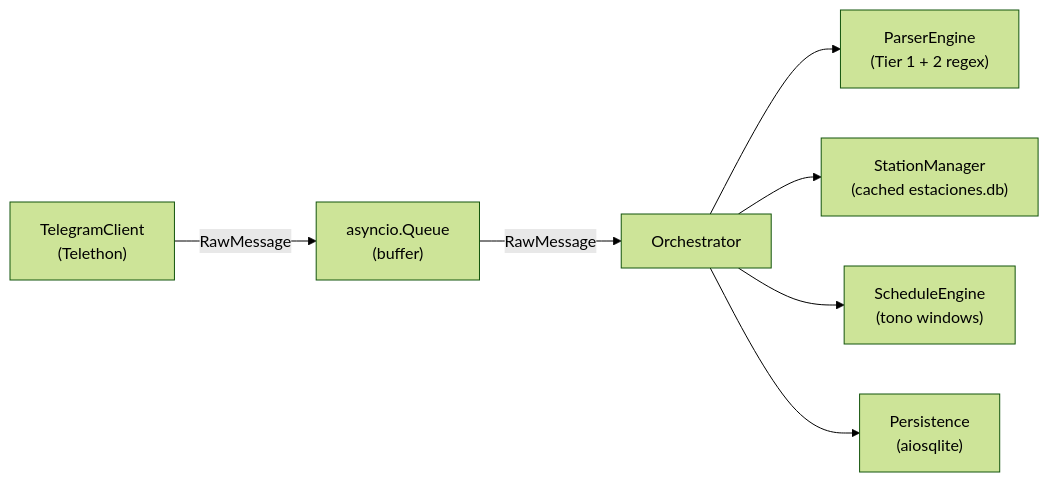
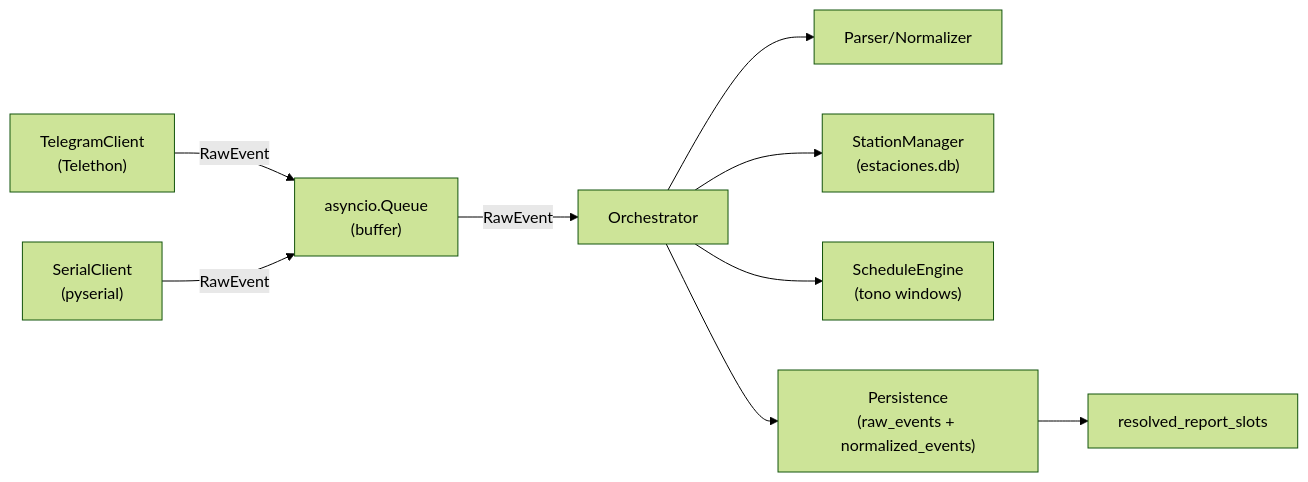
One commit to Undying-Bit/monitor changed the diagram in README.md. Above: the diagram before and after it, drawn with Mermaid (forest theme). The commit also changed other lines of this file and 29 other files, not shown here.

````diff
--- a/README.md
+++ b/README.md
@@ -15,9 +21,11 @@
 ```mermaid
 graph LR
-    A["TelegramClient<br/>(Telethon)"] -->|RawMessage| Q["asyncio.Queue<br/>(buffer)"]
-    Q -->|RawMessage| B["Orchestrator"]
-    B --> C["ParserEngine<br/>(Tier 1 + 2 regex)"]
-    B --> D["StationManager<br/>(cached estaciones.db)"]
+    A["TelegramClient<br/>(Telethon)"] -->|RawEvent| Q["asyncio.Queue<br/>(buffer)"]
+    S["SerialClient<br/>(pyserial)"] -->|RawEvent| Q
+    Q -->|RawEvent| B["Orchestrator"]
+    B --> C["Parser/Normalizer"]
+    B --> D["StationManager<br/>(estaciones.db)"]
     B --> E["ScheduleEngine<br/>(tono windows)"]
-    B --> F["Persistence<br/>(aiosqlite)"]
+    B --> F["Persistence<br/>(raw_events + normalized_events)"]
+    F --> G["resolved_report_slots"]
 ```
````
